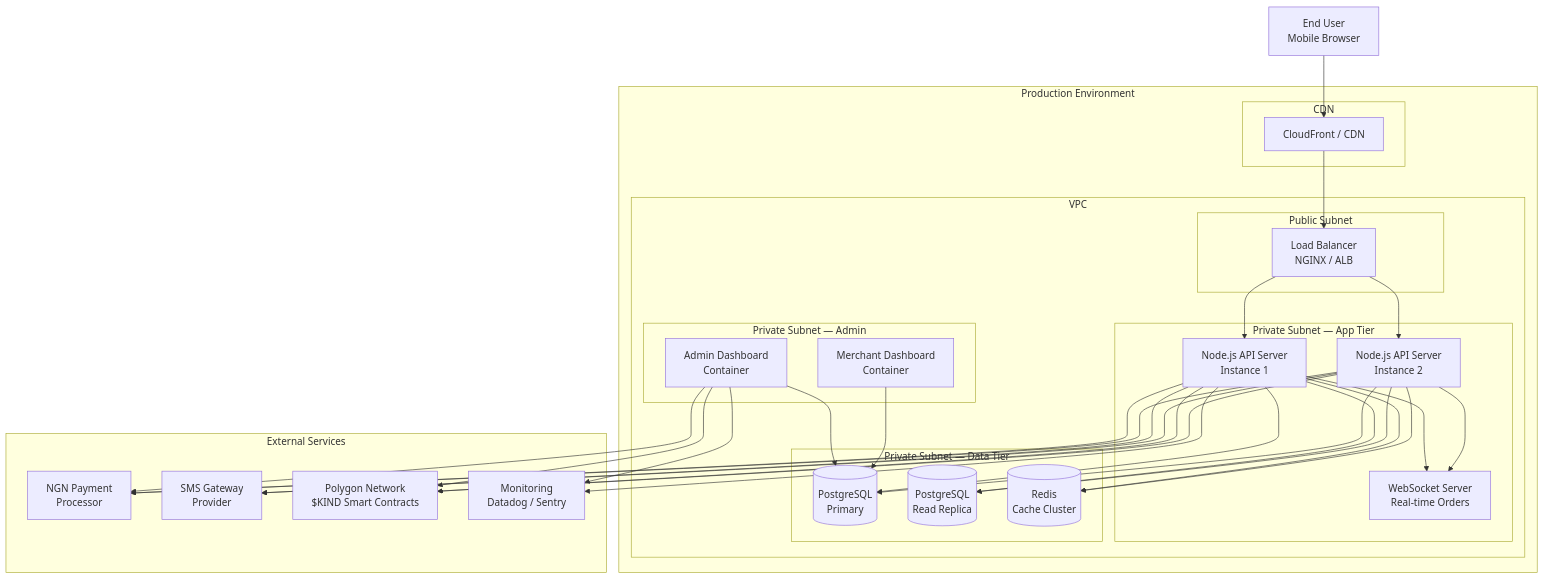
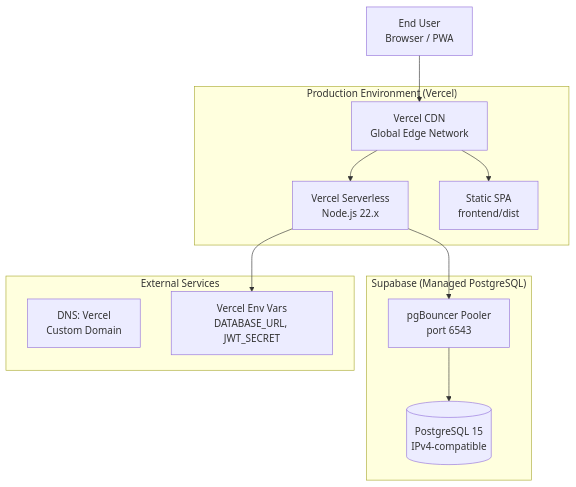
The third of 12 diagrams in UML_Diagrams.md (hexadigitall/chopfirst), drawn with Mermaid before and after one commit. The commit also changed other lines of this file and 25 other files, not shown here.

````diff
--- a/UML_Diagrams.md
+++ b/UML_Diagrams.md
@@ -276,63 +230,25 @@
 ```mermaid
 graph TB
-    subgraph "Production Environment"
-        subgraph "CDN"
-            CF[CloudFront / CDN]
-        end
+    subgraph "Production Environment (Vercel)"
+        CF[Vercel CDN<br/>Global Edge Network]
+        Vercel[Vercel Serverless<br/>Node.js 22.x]
+        SPA[Static SPA<br/>frontend/dist]
+    end
 
-        subgraph "VPC"
-            subgraph "Public Subnet"
-                LB[Load Balancer<br/>NGINX / ALB]
-            end
-
-            subgraph "Private Subnet — App Tier"
-                API1[Node.js API Server<br/>Instance 1]
-                API2[Node.js API Server<br/>Instance 2]
-                WS[WebSocket Server<br/>Real-time Orders]
-            end
-
-            subgraph "Private Subnet — Data Tier"
-                DB_Master[(PostgreSQL<br/>Primary)]
-                DB_Replica[(PostgreSQL<br/>Read Replica)]
-                REDIS_Cache[(Redis<br/>Cache Cluster)]
-            end
-
-            subgraph "Private Subnet — Admin"
-                ADMIN[Admin Dashboard<br/>Container]
-                MERC[Merchant Dashboard<br/>Container]
-            end
-        end
+    subgraph "Supabase (Managed PostgreSQL)"
+        PGB[pgBouncer Pooler<br/>port 6543]
+        PG[(PostgreSQL 15<br/>IPv4-compatible)]
     end
 
     subgraph "External Services"
-        PAY[NGN Payment<br/>Processor]
-        SMS_GW[SMS Gateway<br/>Provider]
-        POLYGON[Polygon Network<br/>$KIND Smart Contracts]
-        MONITOR[Monitoring<br/>Datadog / Sentry]
+        DNS[DNS: Vercel<br/>Custom Domain]
+        ENV[Vercel Env Vars<br/>DATABASE_URL, JWT_SECRET]
     end
 
-    User[End User<br/>Mobile Browser] --> CF
-    CF --> LB
-    LB --> API1
-    LB --> API2
-    API1 --> WS
-    API2 --> WS
-    API1 --> DB_Master
-    API2 --> DB_Master
-    API1 --> DB_Replica
-    API2 --> DB_Replica
-    API1 --> REDIS_Cache
-    API2 --> REDIS_Cache
-    ADMIN --> DB_Master
-    MERC --> DB_Master
-    API1 --> PAY
-    API2 --> PAY
-    ADMIN --> PAY
-    API1 --> SMS_GW
-    API2 --> SMS_GW
-    ADMIN --> POLYGON
-    API1 --> POLYGON
-    API2 --> POLYGON
-    ADMIN --> MONITOR
-    API1 --> MONITOR
+    User[End User<br/>Browser / PWA] --> CF
+    CF --> SPA
+    CF --> Vercel
+    Vercel --> PGB
+    PGB --> PG
+    Vercel --> ENV
 ```
````
